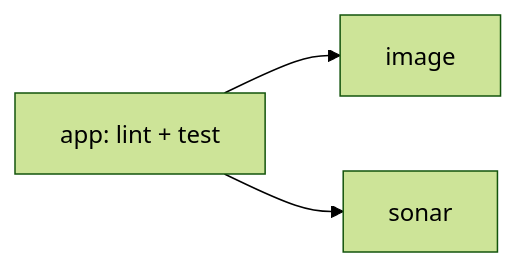
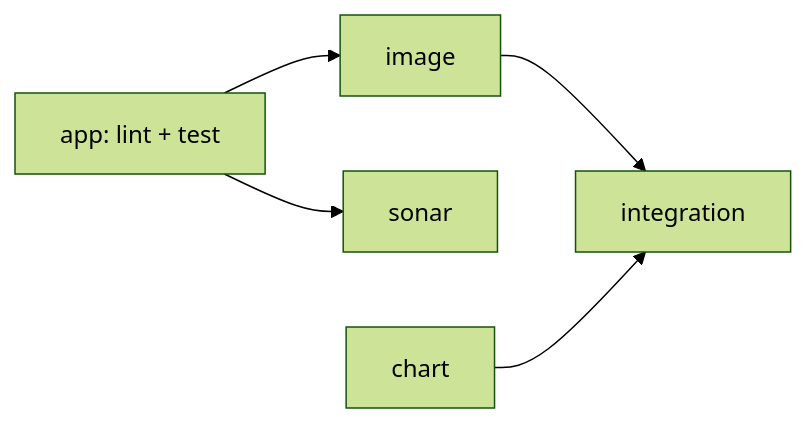
Before and after one commit to AlexCornej0/Devsu-technical-test: the diagram in README.md, drawn with Mermaid (forest theme). The commit also changed other lines of this file and 4 other files, not shown here.

````diff
--- a/README.md
+++ b/README.md
@@ -44,5 +44,7 @@
 ```mermaid
 flowchart LR
   app[app: lint + test] --> image
   app --> sonar
+  image --> integration
+  chart --> integration
 ```
````
